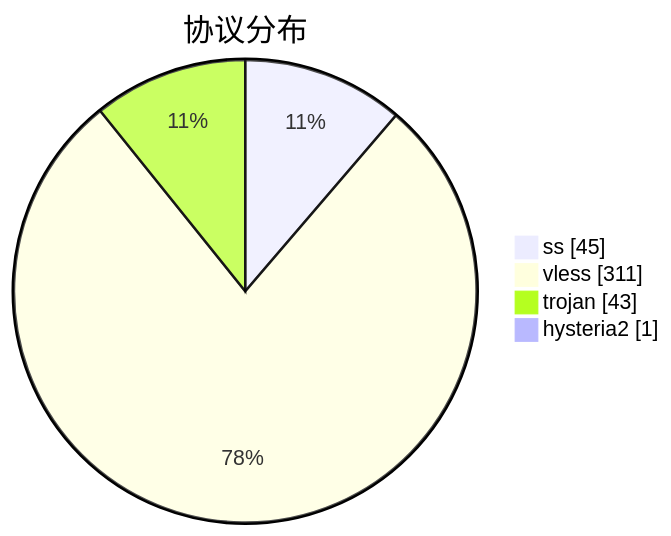
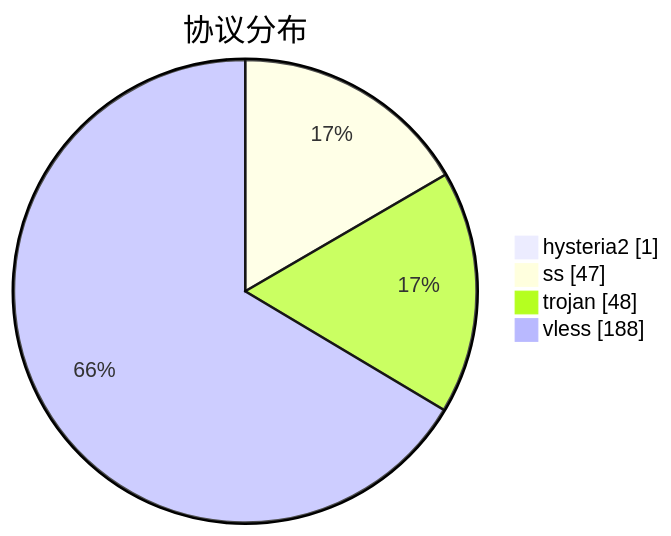
One commit to qjlxg/airport changed the third of 3 diagrams in subs/statistics/tested_within.md. Above: the diagram before and after it, drawn with Mermaid. The commit also changed other lines of this file and 2 other files, not shown here.

````diff
--- a/subs/statistics/tested_within.md
+++ b/subs/statistics/tested_within.md
@@ -19,8 +19,8 @@
 ```mermaid
 pie showData
 title 协议分布
-"ss" : 45
-"vless" : 311
-"trojan" : 43
 "hysteria2" : 1
+"ss" : 47
+"trojan" : 48
+"vless" : 188
 ```
````
